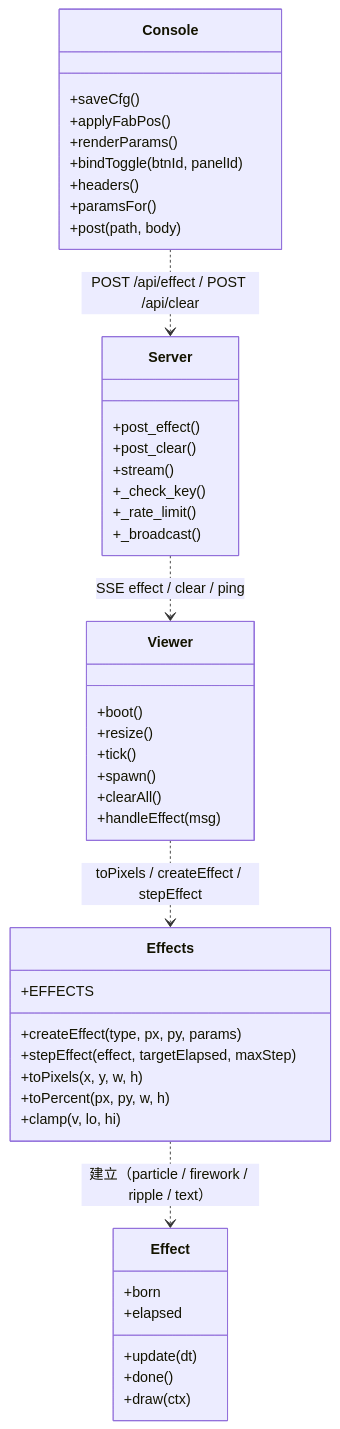
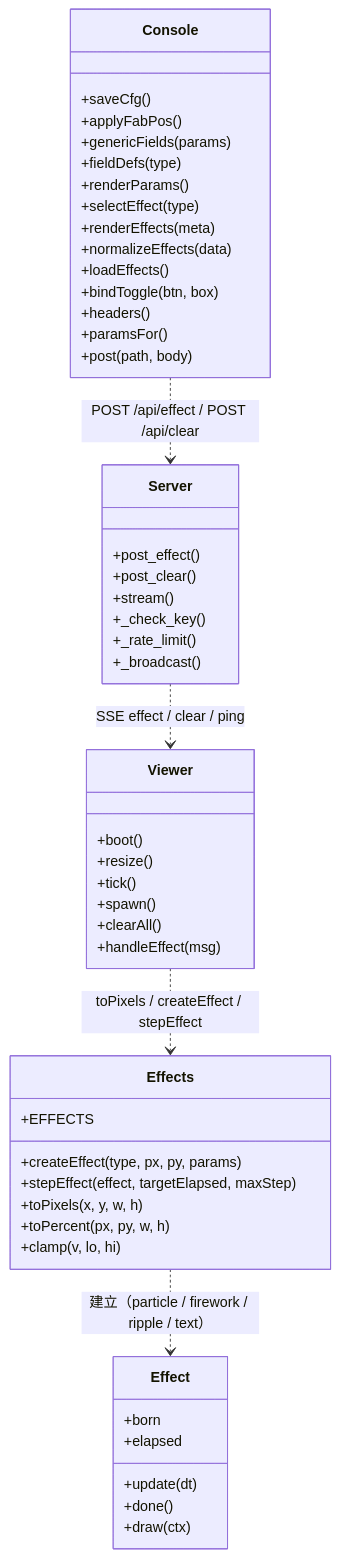
One commit to zivngit/Real-time-Interaction-html changed the fifth of 6 diagrams in docs/agents/CALL_GRAPH.md. Above: the diagram before and after it, drawn with Mermaid. The commit also changed other lines of this file and 7 other files, not shown here.

````diff
--- a/docs/agents/CALL_GRAPH.md
+++ b/docs/agents/CALL_GRAPH.md
@@ -125,47 +128,53 @@
 ```mermaid
 classDiagram
     class Effects {
         +EFFECTS
         +createEffect(type, px, py, params)
         +stepEffect(effect, targetElapsed, maxStep)
         +toPixels(x, y, w, h)
         +toPercent(px, py, w, h)
         +clamp(v, lo, hi)
     }
     class Effect {
         +update(dt)
         +done()
         +draw(ctx)
         +born
         +elapsed
     }
     class Viewer {
         +boot()
         +resize()
         +tick()
         +spawn()
         +clearAll()
         +handleEffect(msg)
     }
     class Server {
         +post_effect()
         +post_clear()
         +stream()
         +_check_key()
         +_rate_limit()
         +_broadcast()
     }
     class Console {
         +saveCfg()
         +applyFabPos()
+        +genericFields(params)
+        +fieldDefs(type)
         +renderParams()
-        +bindToggle(btnId, panelId)
+        +selectEffect(type)
+        +renderEffects(meta)
+        +normalizeEffects(data)
+        +loadEffects()
+        +bindToggle(btn, box)
         +headers()
         +paramsFor()
         +post(path, body)
     }
     Viewer ..> Effects : toPixels / createEffect / stepEffect
     Effects ..> Effect : 建立（particle / firework / ripple / text）
     Console ..> Server : POST /api/effect / POST /api/clear
     Server ..> Viewer : SSE effect / clear / ping
 ```
````
